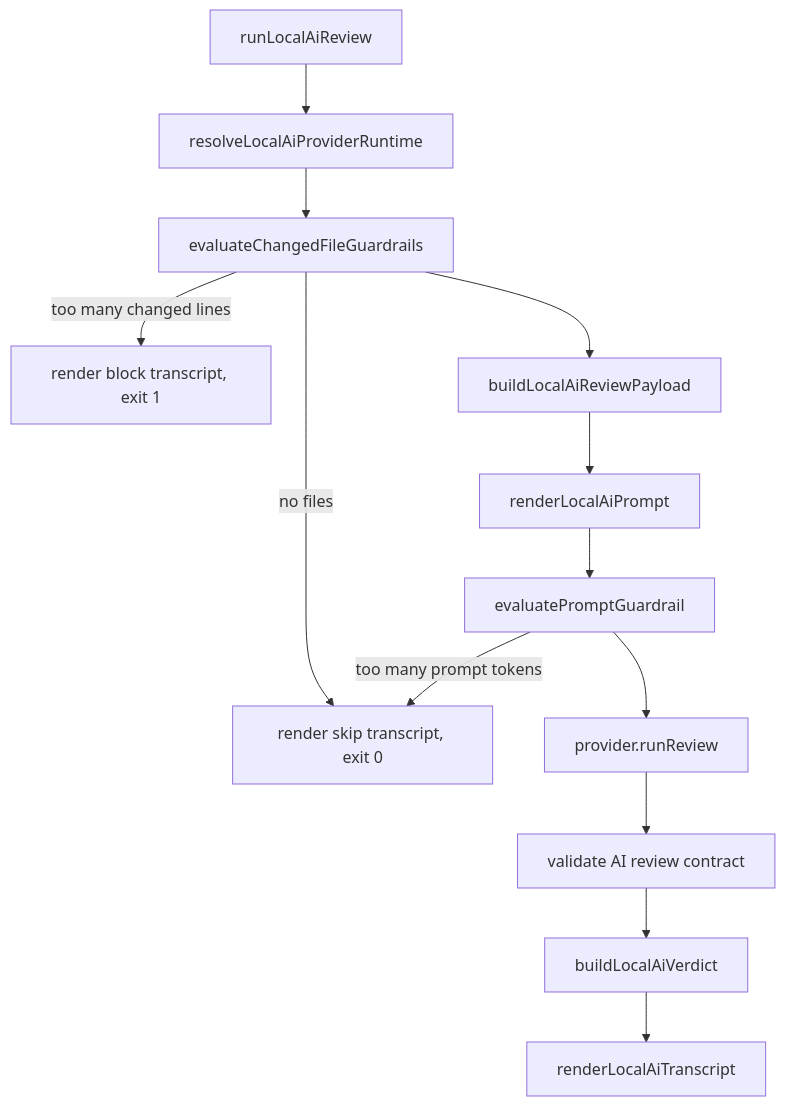
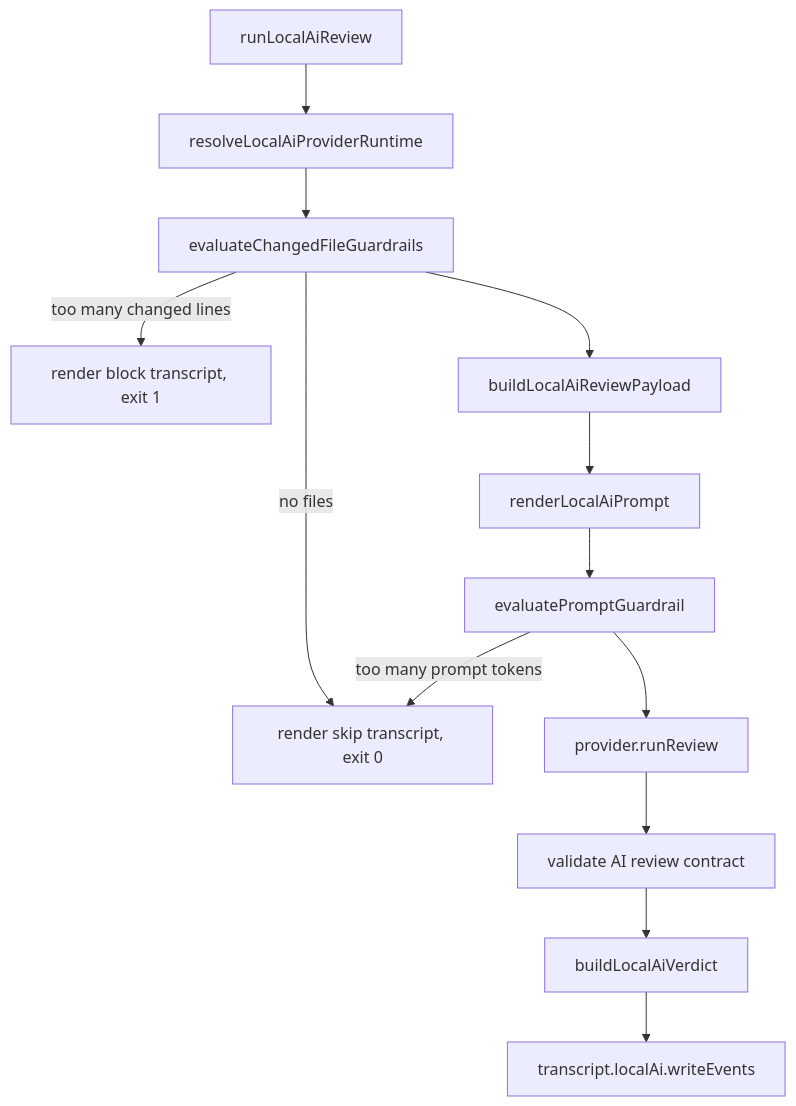
Before and after one commit to rootstrap/ai-pushgate: the third of 3 diagrams in docs/architecture/runtime-flow.md, drawn with Mermaid. The commit also changed other lines of this file and 21 other files, not shown here.

````diff
--- a/docs/architecture/runtime-flow.md
+++ b/docs/architecture/runtime-flow.md
@@ -98,15 +98,15 @@
 ```mermaid
 flowchart TD
   AI["runLocalAiReview"] --> Provider["resolveLocalAiProviderRuntime"]
   Provider --> Guard1["evaluateChangedFileGuardrails"]
   Guard1 -->|no files| Skip["render skip transcript, exit 0"]
   Guard1 -->|too many changed lines| Block["render block transcript, exit 1"]
   Guard1 --> Payload["buildLocalAiReviewPayload"]
   Payload --> Prompt["renderLocalAiPrompt"]
   Prompt --> Guard2["evaluatePromptGuardrail"]
   Guard2 -->|too many prompt tokens| Skip
   Guard2 --> Adapter["provider.runReview"]
   Adapter --> Contract["validate AI review contract"]
   Contract --> Verdict["buildLocalAiVerdict"]
-  Verdict --> Transcript["renderLocalAiTranscript"]
+  Verdict --> Transcript["transcript.localAi.writeEvents"]
 ```
````
